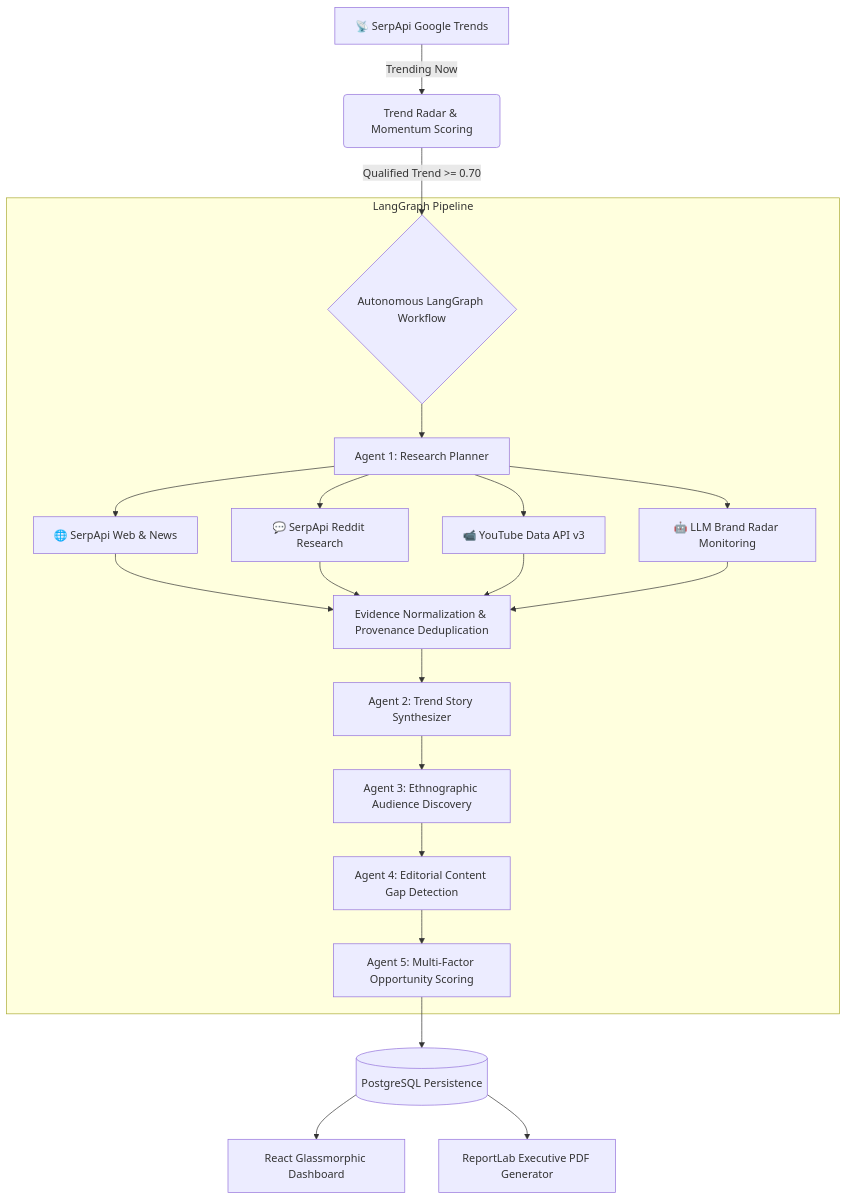
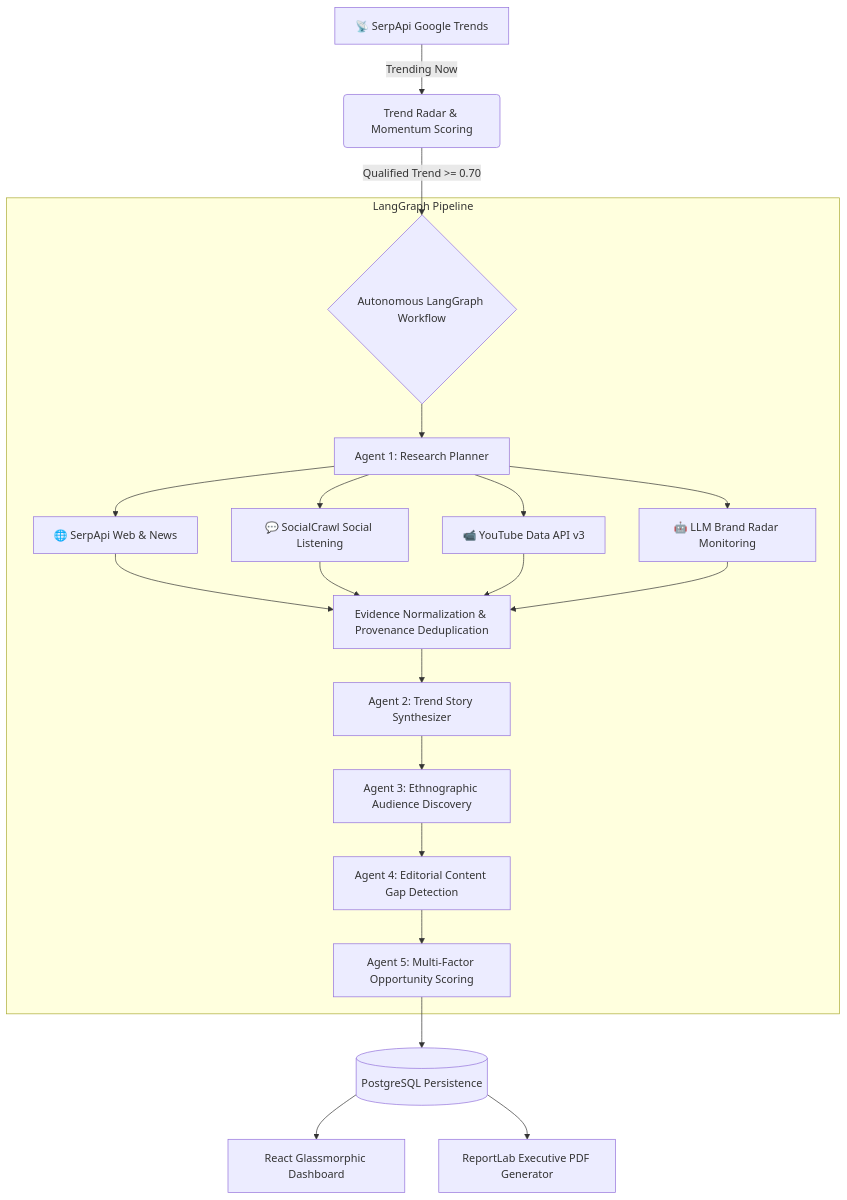
Before and after one commit to Saranshi22/trend_contenter: the diagram in README.md, drawn with Mermaid. The commit also changed other lines of this file and 14 other files, not shown here.

````diff
--- a/README.md
+++ b/README.md
@@ -51,27 +51,27 @@
 ```mermaid
 flowchart TD
     A[📡 SerpApi Google Trends] -->|Trending Now| B(Trend Radar & Momentum Scoring)
     B -->|Qualified Trend >= 0.70| C{Autonomous LangGraph Workflow}
 
     subgraph LangGraph Pipeline
         C --> D[Agent 1: Research Planner]
         D --> E1[🌐 SerpApi Web & News]
-        D --> E2[💬 SerpApi Reddit Research]
+        D --> E2[💬 SocialCrawl Social Listening]
         D --> E3[📹 YouTube Data API v3]
         D --> E4[🤖 LLM Brand Radar Monitoring]
         
         E1 --> F[Evidence Normalization & Provenance Deduplication]
         E2 --> F
         E3 --> F
         E4 --> F
         
         F --> G[Agent 2: Trend Story Synthesizer]
         G --> H[Agent 3: Ethnographic Audience Discovery]
         H --> I[Agent 4: Editorial Content Gap Detection]
         I --> J[Agent 5: Multi-Factor Opportunity Scoring]
     end
 
     J --> K[(PostgreSQL Persistence)]
     K --> L[React Glassmorphic Dashboard]
     K --> M[ReportLab Executive PDF Generator]
 ```
````
